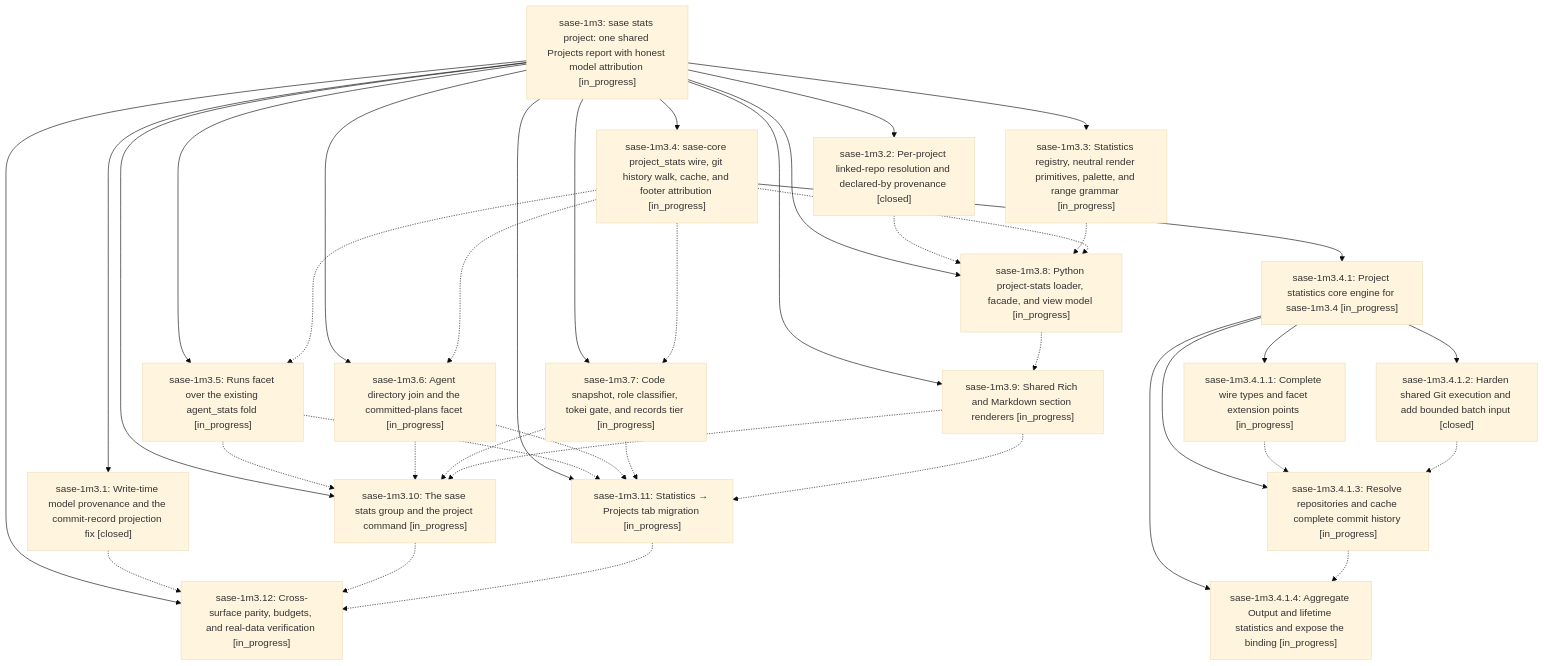
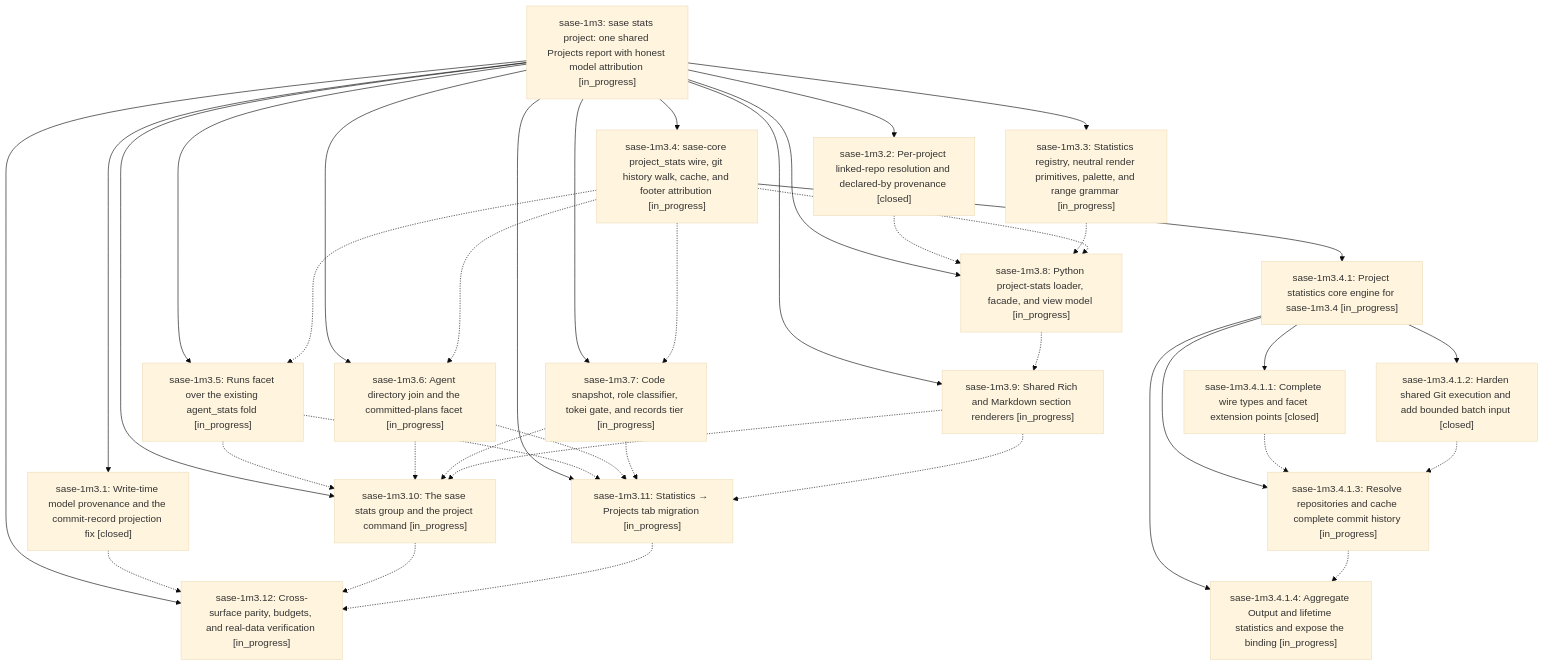
The diagram in pages/sase-1m3/README.md (sase-org/sase--beads), drawn with Mermaid (base theme) before and after one commit. The commit also changed other lines of this file and 4 other files, not shown here.

````diff
--- a/pages/sase-1m3/README.md
+++ b/pages/sase-1m3/README.md
@@ -45,59 +45,59 @@
 ```mermaid
 flowchart TD
     n0["sase-1m3: sase stats project: one shared Projects report with honest model attribution [in_progress]"]
     n1["sase-1m3.1: Write-time model provenance and the commit-record projection fix [closed]"]
     n2["sase-1m3.10: The sase stats group and the project command [in_progress]"]
     n3["sase-1m3.11: Statistics → Projects tab migration [in_progress]"]
     n4["sase-1m3.12: Cross-surface parity, budgets, and real-data verification [in_progress]"]
     n5["sase-1m3.2: Per-project linked-repo resolution and declared-by provenance [closed]"]
     n6["sase-1m3.3: Statistics registry, neutral render primitives, palette, and range grammar [in_progress]"]
     n7["sase-1m3.4: sase-core project_stats wire, git history walk, cache, and footer attribution [in_progress]"]
     n8["sase-1m3.4.1: Project statistics core engine for sase-1m3.4 [in_progress]"]
-    n9["sase-1m3.4.1.1: Complete wire types and facet extension points [in_progress]"]
+    n9["sase-1m3.4.1.1: Complete wire types and facet extension points [closed]"]
     n10["sase-1m3.4.1.2: Harden shared Git execution and add bounded batch input [closed]"]
     n11["sase-1m3.4.1.3: Resolve repositories and cache complete commit history [in_progress]"]
     n12["sase-1m3.4.1.4: Aggregate Output and lifetime statistics and expose the binding [in_progress]"]
     n13["sase-1m3.5: Runs facet over the existing agent_stats fold [in_progress]"]
     n14["sase-1m3.6: Agent directory join and the committed-plans facet [in_progress]"]
     n15["sase-1m3.7: Code snapshot, role classifier, tokei gate, and records tier [in_progress]"]
     n16["sase-1m3.8: Python project-stats loader, facade, and view model [in_progress]"]
     n17["sase-1m3.9: Shared Rich and Markdown section renderers [in_progress]"]
     n0 --> n1
     n0 --> n2
     n0 --> n3
     n0 --> n4
     n0 --> n5
     n0 --> n6
     n0 --> n7
     n7 --> n8
     n8 --> n9
     n8 --> n10
     n8 --> n11
     n8 --> n12
     n0 --> n13
     n0 --> n14
     n0 --> n15
     n0 --> n16
     n0 --> n17
     n1 -.-> n4
     n2 -.-> n4
     n3 -.-> n4
     n5 -.-> n16
     n6 -.-> n16
     n7 -.-> n13
     n7 -.-> n14
     n7 -.-> n15
     n7 -.-> n16
     n9 -.-> n11
     n10 -.-> n11
     n11 -.-> n12
     n13 -.-> n2
     n13 -.-> n3
     n14 -.-> n2
     n14 -.-> n3
     n15 -.-> n2
     n15 -.-> n3
     n16 -.-> n17
     n17 -.-> n2
     n17 -.-> n3
 ```
````
